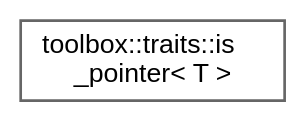
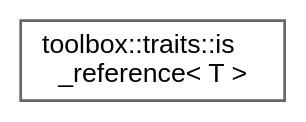
One commit to nerdneilsfield/cpp-toolbox changed the diagram in inherit_graph_54.dot. Above: the diagram before and after it, drawn with Graphviz. The commit also changed 153 other files, not shown here.

```diff
--- a/inherit_graph_54.dot
+++ b/inherit_graph_54.dot
@@ -1,9 +1,9 @@
 digraph "Graphical Class Hierarchy"
 {
  // LATEX_PDF_SIZE
   bgcolor="transparent";
   edge [fontname=Helvetica,fontsize=10,labelfontname=Helvetica,labelfontsize=10];
   node [fontname=Helvetica,fontsize=10,shape=box,height=0.2,width=0.4];
   rankdir="LR";
-  Node0 [id="Node000000",label="toolbox::traits::is\l_pointer\< T \>",height=0.2,width=0.4,color="grey40", fillcolor="white", style="filled",URL="$structtoolbox_1_1traits_1_1is__pointer.html",tooltip="检查类型是否为指针/Check if type is a pointer"];
+  Node0 [id="Node000000",label="toolbox::traits::is\l_reference\< T \>",height=0.2,width=0.4,color="grey40", fillcolor="white", style="filled",URL="$structtoolbox_1_1traits_1_1is__reference.html",tooltip="检查类型是否为引用/Check if type is a reference"];
 }
```
